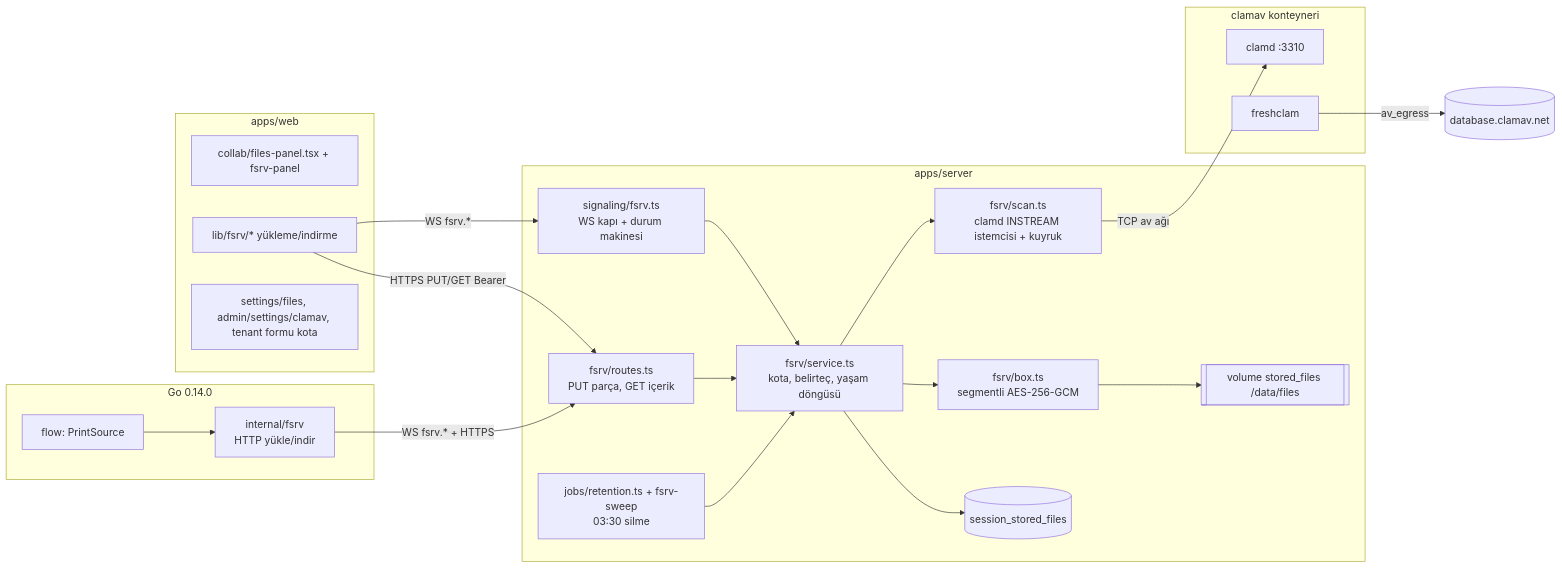
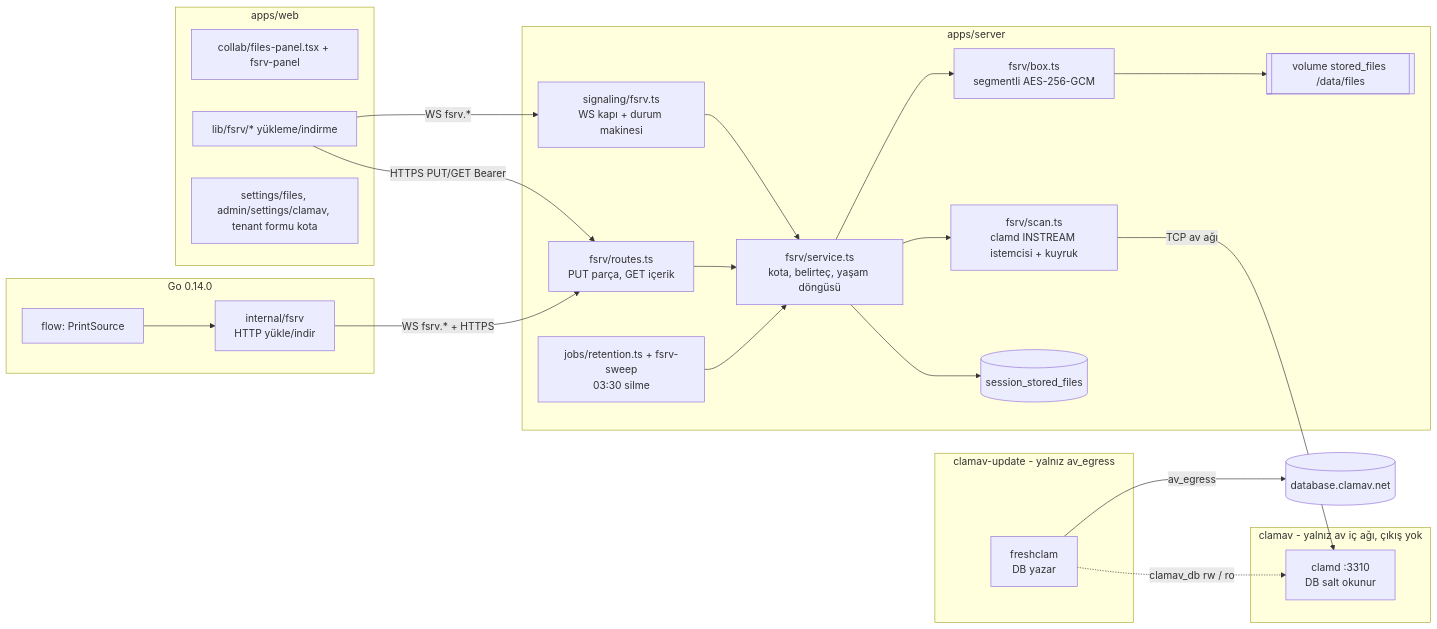
The diagram in docs/mimari-p28b.md (NoktaBilisim/Remote), drawn with Mermaid before and after one commit. The commit also changed other lines of this file and 3 other files, not shown here.

Commit message:
docs(P28b r2, P28u): güvenlik tasarım turları (P28b r2 GEÇTİ, P28u GEÇTİ); P28b mimari r2 (clamd/freshclam ayrımı, izinli CIDR, adil kuyruk, 256 MiB tavan); AC-356/357/360/363

````diff
--- a/docs/mimari-p28b.md
+++ b/docs/mimari-p28b.md
@@ -27,35 +27,38 @@
 ```mermaid
 flowchart LR
   subgraph Konsol[apps/web]
     FP[collab/files-panel.tsx + fsrv-panel]
     FL[lib/fsrv/* yükleme/indirme]
     ST[settings/files, admin/settings/clamav, tenant formu kota]
   end
   subgraph Sunucu[apps/server]
     WS[signaling/fsrv.ts\nWS kapı + durum makinesi]
     RT[fsrv/routes.ts\nPUT parça, GET içerik]
     SV[fsrv/service.ts\nkota, belirteç, yaşam döngüsü]
     BX[fsrv/box.ts\nsegmentli AES-256-GCM]
     SC[fsrv/scan.ts\nclamd INSTREAM istemcisi + kuyruk]
     JB[jobs/retention.ts + fsrv-sweep\n03:30 silme]
     DB[(session_stored_files)]
     VOL[[volume stored_files /data/files]]
   end
-  subgraph AV[clamav konteyneri]
-    CD[clamd :3310]
-    FC[freshclam]
+  subgraph AV[clamav - yalnız av iç ağı, çıkış yok]
+    CD[clamd :3310\nDB salt okunur]
+  end
+  subgraph AVU[clamav-update - yalnız av_egress]
+    FC[freshclam\nDB yazar]
   end
   subgraph Istemci[Go 0.14.0]
     GF[internal/fsrv\nHTTP yükle/indir]
     GP[flow: PrintSource]
   end
   FL -- WS fsrv.* --> WS --> SV
   FL -- HTTPS PUT/GET Bearer --> RT --> SV
   GF -- WS fsrv.* + HTTPS --> RT
   SV --> BX --> VOL
   SV --> DB
   SV --> SC -- TCP av ağı --> CD
   FC -- av_egress --> Internet[(database.clamav.net)]
+  FC -. clamav_db rw / ro .-> CD
   JB --> SV
   GP --> GF
 ```
````
